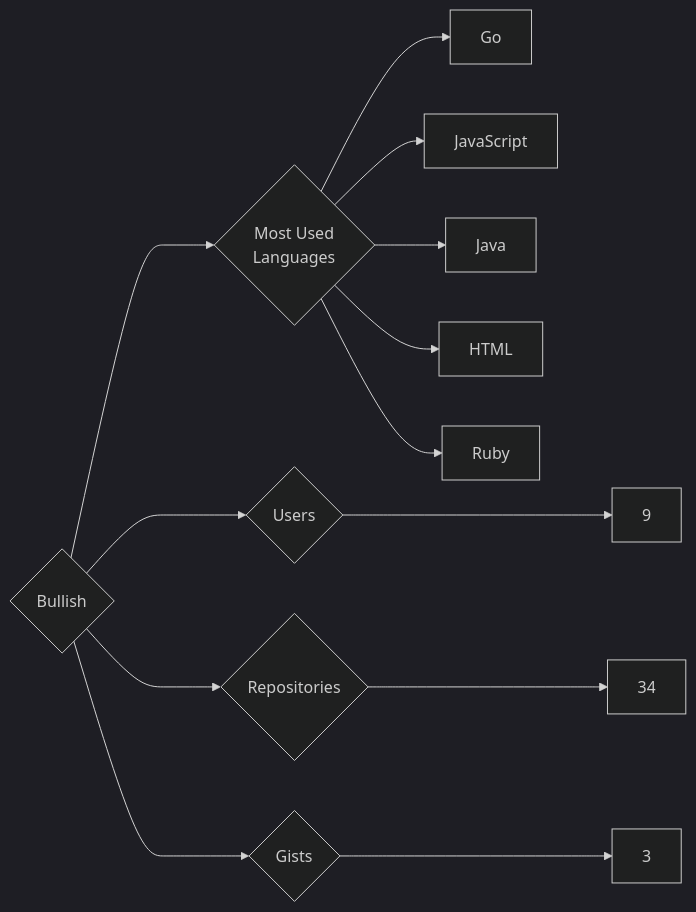
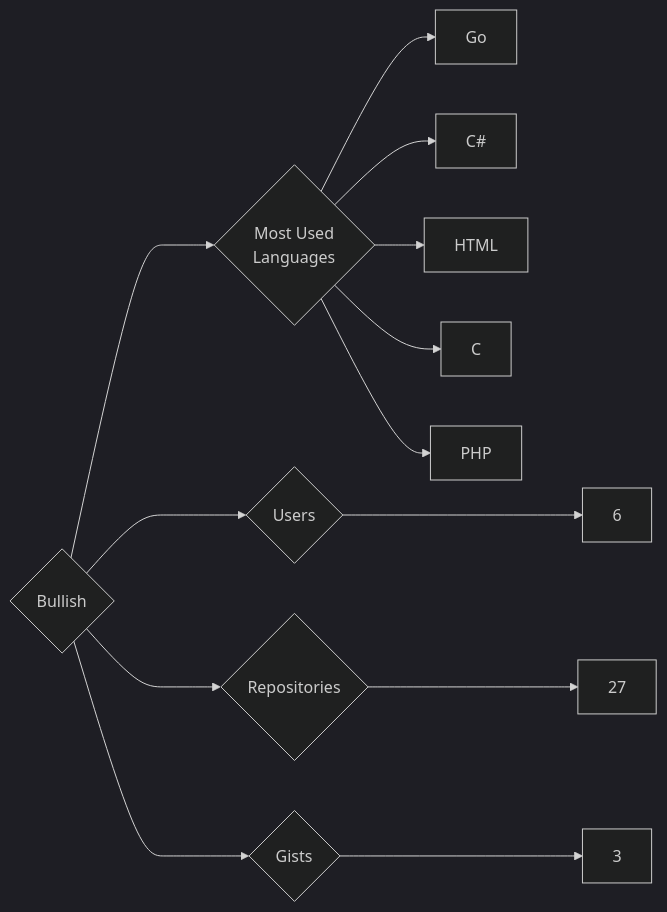
One commit to trickest/insiders changed the diagram in targets/Bullish/README.md. Above: the diagram before and after it, drawn with Mermaid (dark theme). The commit also changed 870 other files, not shown here.

````diff
--- a/targets/Bullish/README.md
+++ b/targets/Bullish/README.md
@@ -3,13 +3,13 @@
 ```mermaid
 graph LR
 COMPANY_NAME{Bullish}
-COMPANY_NAME ---> U{Users} ---> UN[9]
-COMPANY_NAME ---> R{Repositories} ---> RN[34]
+COMPANY_NAME ---> U{Users} ---> UN[6]
+COMPANY_NAME ---> R{Repositories} ---> RN[27]
 COMPANY_NAME ---> G{Gists} ---> GN[3]
 COMPANY_NAME ---> ML{Most Used<br>Languages}
 ML --> Go[Go]
-ML --> JavaScript[JavaScript]
-ML --> Java[Java]
+ML --> C#[C#]
 ML --> HTML[HTML]
-ML --> Ruby[Ruby]
+ML --> C[C]
+ML --> PHP[PHP]
 ```
````
